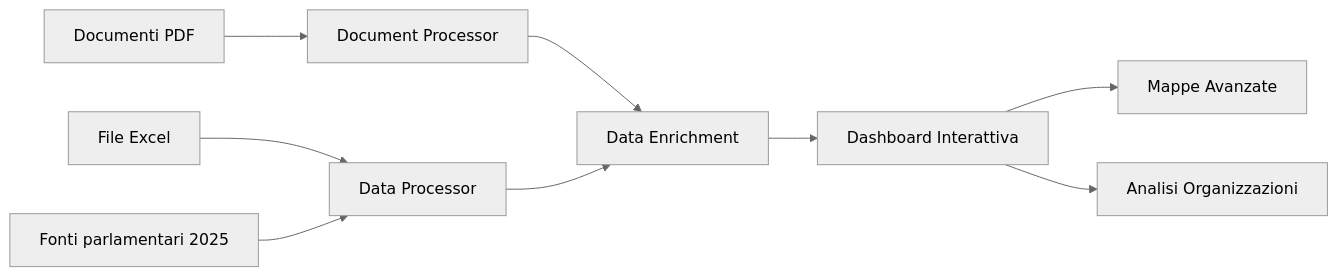
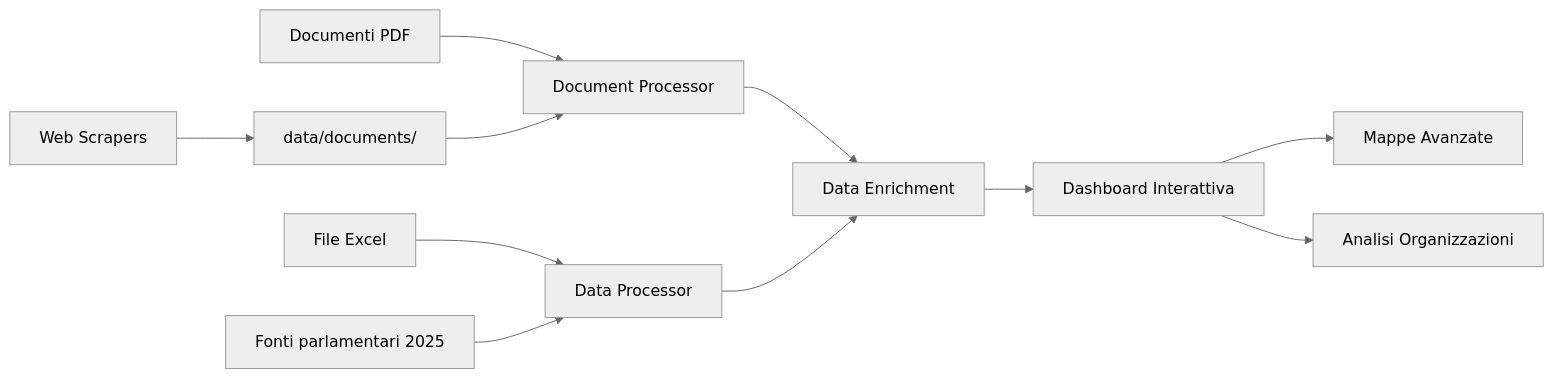
One commit to CosimoMelella92/MIDA-Missioni-Internazionali-e-Dati-Analitici changed the diagram in README.md. Above: the diagram before and after it, drawn with Mermaid (neutral theme). The commit also changed other lines of this file and 51 other files, not shown here.

````diff
--- a/README.md
+++ b/README.md
@@ -52,11 +158,13 @@
 ```mermaid
 graph LR
     A[Documenti PDF] --> B[Document Processor]
     C[File Excel] --> D[Data Processor]
     E[Fonti parlamentari 2025] --> D
-    B --> F[Data Enrichment]
-    D --> F
-    F --> G[Dashboard Interattiva]
-    G --> H[Mappe Avanzate]
-    G --> I[Analisi Organizzazioni]
+    F[Web Scrapers] --> G[data/documents/]
+    G --> B
+    B --> H[Data Enrichment]
+    D --> H
+    H --> I[Dashboard Interattiva]
+    I --> J[Mappe Avanzate]
+    I --> K[Analisi Organizzazioni]
 ```
````
